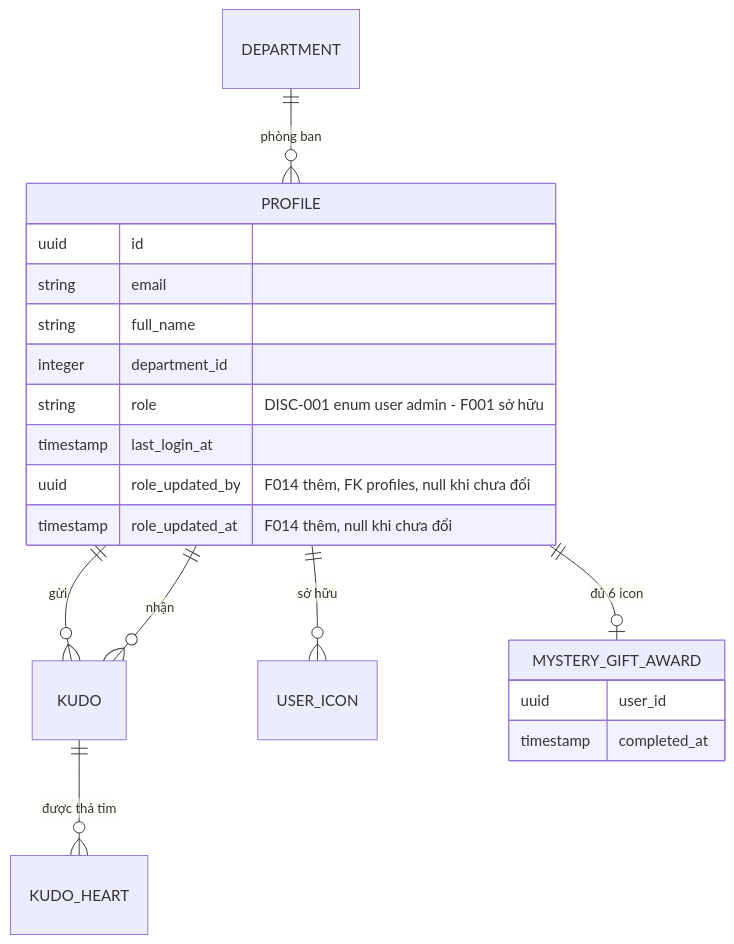
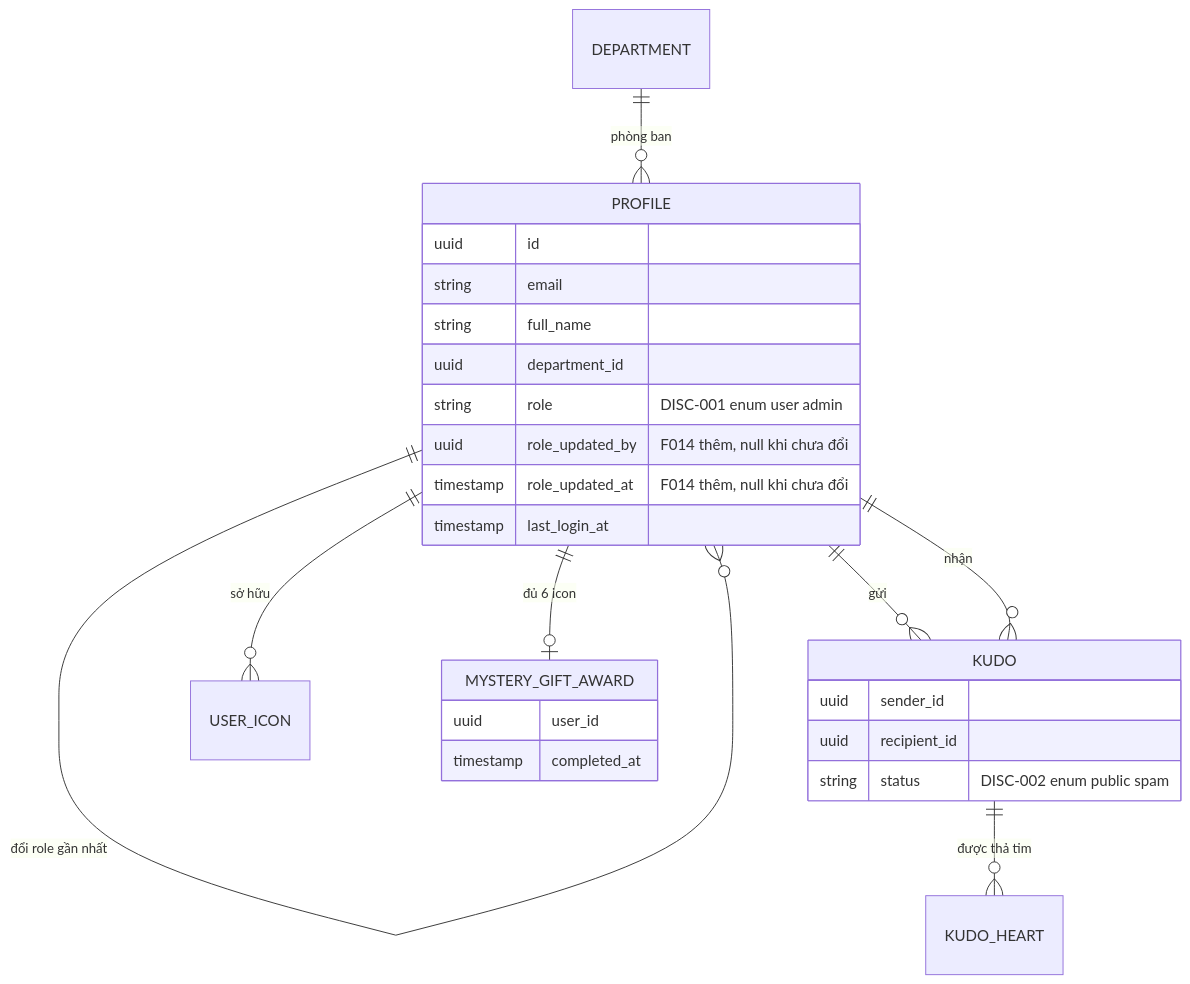
Before and after one commit to hailv-3571/agentic-coding-hands-on: the second of 4 diagrams in docs/features/F014_AdminUserManagement/technical-spec.md, drawn with Mermaid. The commit also changed other lines of this file and 152 other files, not shown here.

````diff
--- a/docs/features/F014_AdminUserManagement/technical-spec.md
+++ b/docs/features/F014_AdminUserManagement/technical-spec.md
@@ -213,23 +232,29 @@
 ```mermaid
 erDiagram
     DEPARTMENT ||--o{ PROFILE : "phòng ban"
+    PROFILE ||--o{ PROFILE : "đổi role gần nhất"
     PROFILE ||--o{ KUDO : "gửi"
     PROFILE ||--o{ KUDO : "nhận"
     KUDO ||--o{ KUDO_HEART : "được thả tim"
     PROFILE ||--o{ USER_ICON : "sở hữu"
     PROFILE ||--o| MYSTERY_GIFT_AWARD : "đủ 6 icon"
     PROFILE {
         uuid id
         string email
         string full_name
-        integer department_id
-        string role "DISC-001 enum user admin - F001 sở hữu"
+        uuid department_id
+        string role "DISC-001 enum user admin"
+        uuid role_updated_by "F014 thêm, null khi chưa đổi"
+        timestamp role_updated_at "F014 thêm, null khi chưa đổi"
         timestamp last_login_at
-        uuid role_updated_by "F014 thêm, FK profiles, null khi chưa đổi"
-        timestamp role_updated_at "F014 thêm, null khi chưa đổi"
+    }
+    KUDO {
+        uuid sender_id
+        uuid recipient_id
+        string status "DISC-002 enum public spam"
     }
     MYSTERY_GIFT_AWARD {
         uuid user_id
         timestamp completed_at
     }
 ```
````
